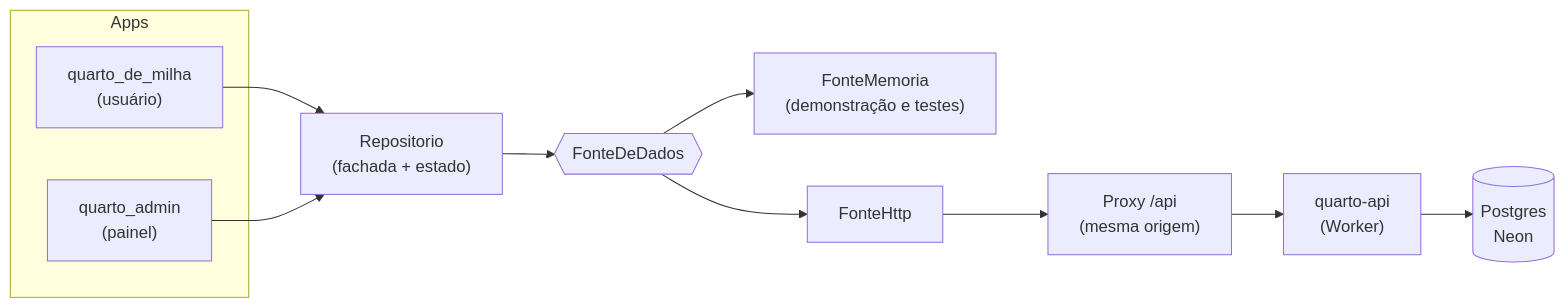
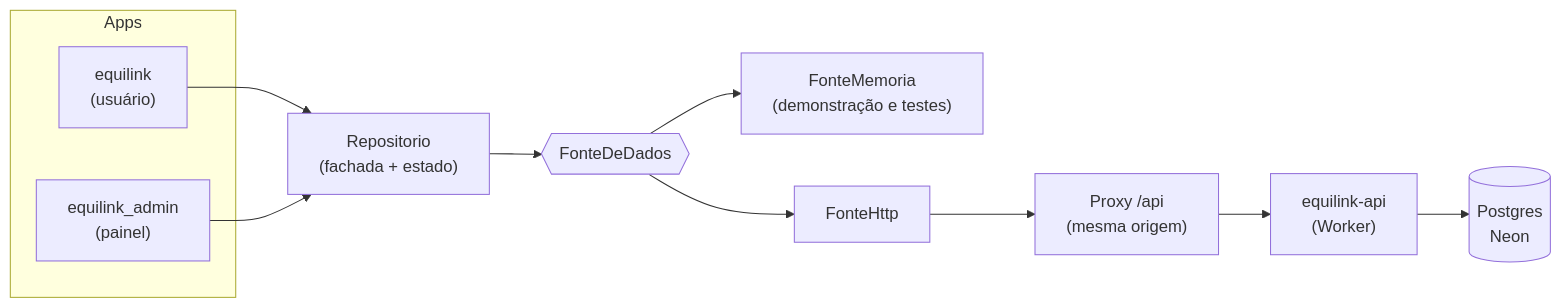
One commit to duduyamauchi/equilink changed the first of 2 diagrams in docs/ARQUITETURA.md. Above: the diagram before and after it, drawn with Mermaid. The commit also changed other lines of this file and 265 other files, not shown here.

First line of the commit message:
Renomeia o produto de Quarto de Milha para EquiLink

````diff
--- a/docs/ARQUITETURA.md
+++ b/docs/ARQUITETURA.md
@@ -18,23 +18,23 @@
 ```mermaid
 flowchart LR
   subgraph Apps
-    U["quarto_de_milha<br/>(usuário)"]
-    A["quarto_admin<br/>(painel)"]
+    U["equilink<br/>(usuário)"]
+    A["equilink_admin<br/>(painel)"]
   end
   R["Repositorio<br/>(fachada + estado)"]
   F{{"FonteDeDados"}}
   M["FonteMemoria<br/>(demonstração e testes)"]
   H["FonteHttp"]
   P["Proxy /api<br/>(mesma origem)"]
-  D["quarto-api<br/>(Worker)"]
+  D["equilink-api<br/>(Worker)"]
   N[("Postgres<br/>Neon")]
 
   U --> R
   A --> R
   R --> F
   F --> M
   F --> H
   H --> P
   P --> D
   D --> N
 ```
````
